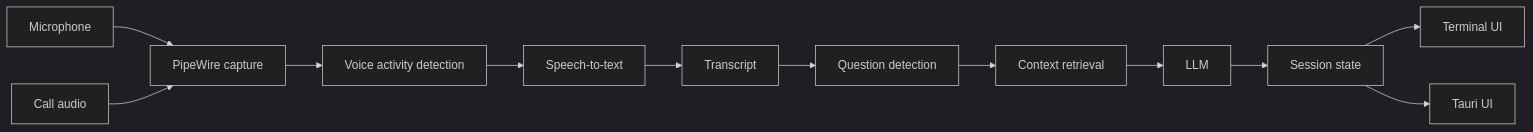
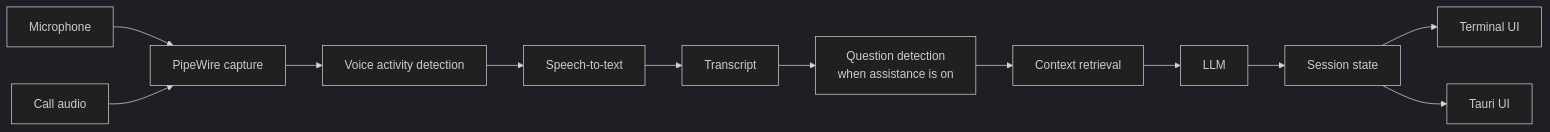
One commit to njdaniel/daemon changed the diagram in README.md. Above: the diagram before and after it, drawn with Mermaid (dark theme). The commit also changed other lines of this file and 23 other files, not shown here.

````diff
--- a/README.md
+++ b/README.md
@@ -26,14 +26,14 @@
 ```mermaid
 flowchart LR
   MIC[Microphone] --> AUDIO[PipeWire capture]
   CALL[Call audio] --> AUDIO
   AUDIO --> VAD[Voice activity detection]
   VAD --> STT[Speech-to-text]
   STT --> TRANSCRIPT[Transcript]
-  TRANSCRIPT --> DETECT[Question detection]
+  TRANSCRIPT --> DETECT[Question detection<br/>when assistance is on]
   DETECT --> CONTEXT[Context retrieval]
   CONTEXT --> LLM[LLM]
   LLM --> SESSION[Session state]
   SESSION --> TUI[Terminal UI]
   SESSION --> GUI[Tauri UI]
 ```
````
